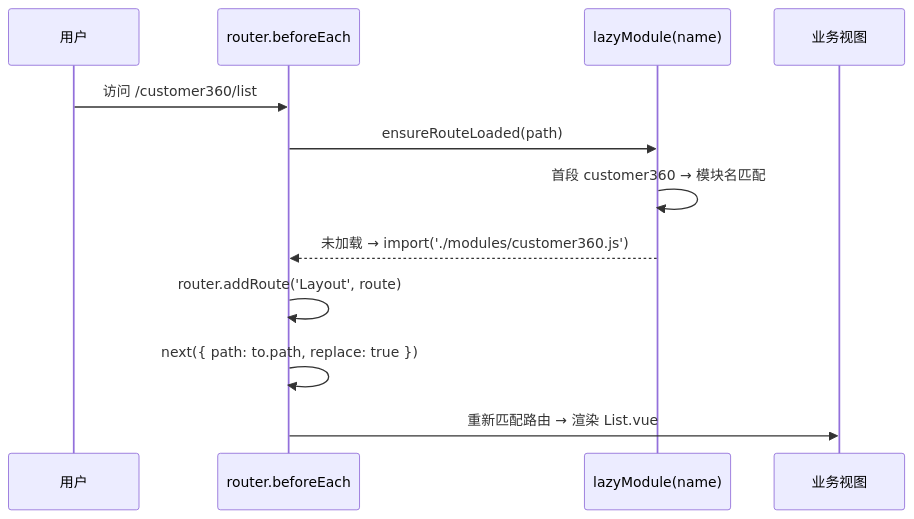
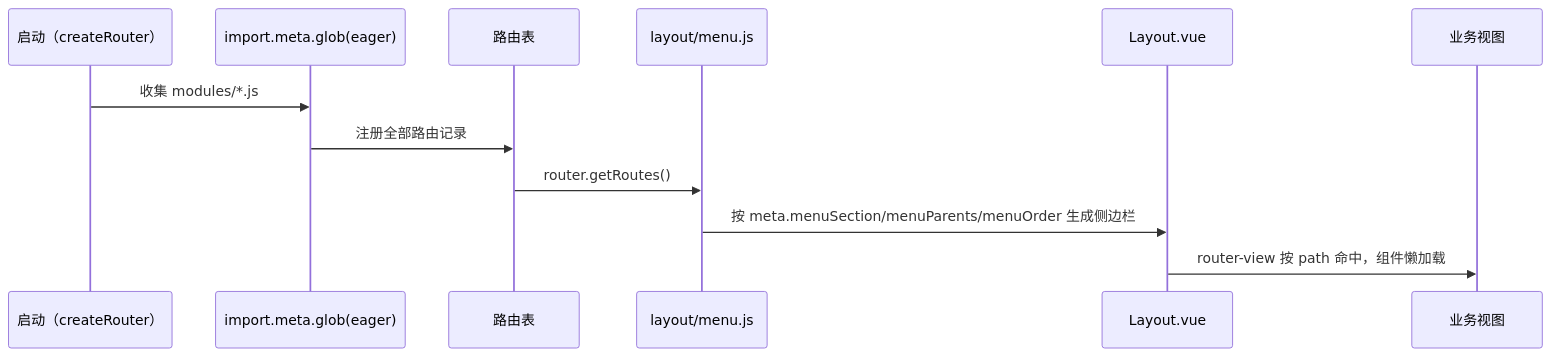
Before and after one commit to Pan519/hivemtk: the third of 7 diagrams in user-web/docs/dev/ARCHITECTURE.md, drawn with Mermaid. The commit also changed other lines of this file and 119 other files, not shown here.

````diff
--- a/user-web/docs/dev/ARCHITECTURE.md
+++ b/user-web/docs/dev/ARCHITECTURE.md
@@ -260,15 +267,15 @@
 ```mermaid
 sequenceDiagram
-    participant U as 用户
-    participant R as router.beforeEach
-    participant L as lazyModule(name)
+    participant B as 启动（createRouter）
+    participant G as import.meta.glob(eager)
+    participant RT as 路由表
+    participant M as layout/menu.js
+    participant L as Layout.vue
     participant V as 业务视图
 
-    U->>R: 访问 /customer360/list
-    R->>L: ensureRouteLoaded(path)
-    L->>L: 首段 customer360 → 模块名匹配
-    L-->>R: 未加载 → import('./modules/customer360.js')
-    R->>R: router.addRoute('Layout', route)
-    R->>R: next({ path: to.path, replace: true })
-    R->>V: 重新匹配路由 → 渲染 List.vue
+    B->>G: 收集 modules/*.js
+    G->>RT: 注册全部路由记录
+    RT->>M: router.getRoutes()
+    M->>L: 按 meta.menuSection/menuParents/menuOrder 生成侧边栏
+    L->>V: router-view 按 path 命中，组件懒加载
 ```
````
